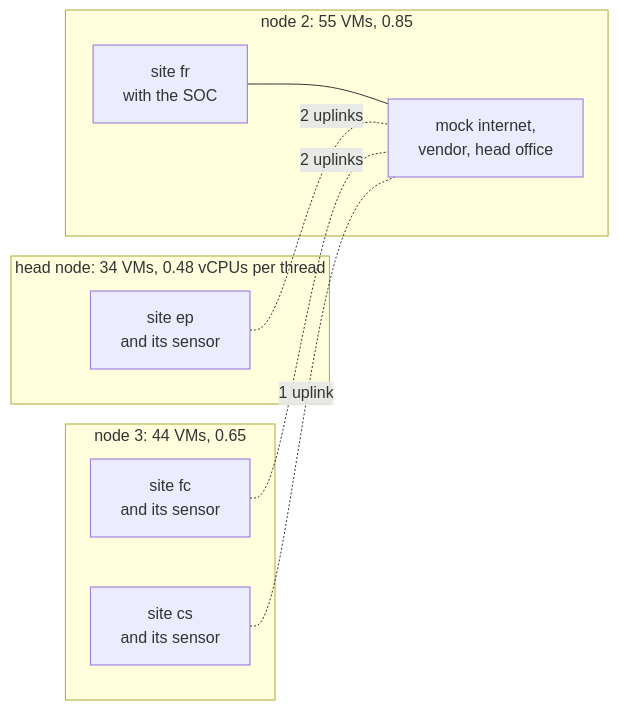
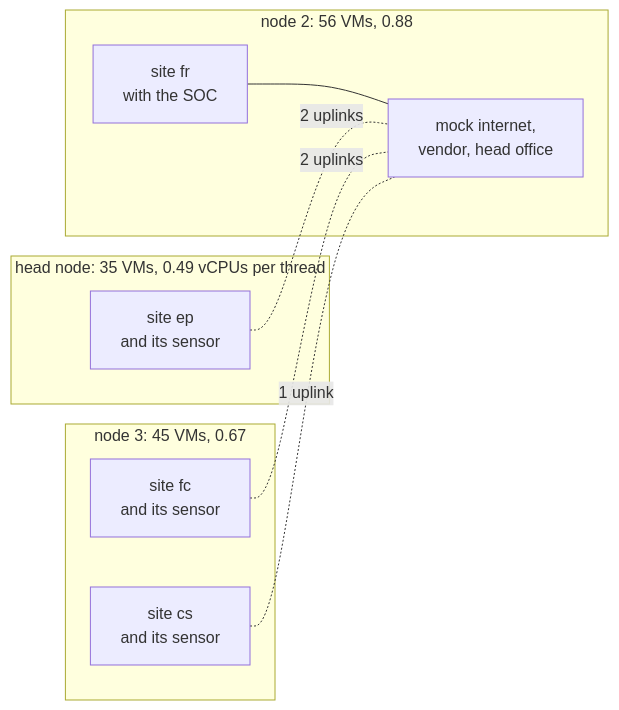
One commit to GhostofGoes/brew changed the seventh of 10 diagrams in docs/multisite/PLANS.md. Above: the diagram before and after it, drawn with Mermaid. The commit also changed other lines of this file and 2 other files, not shown here.

````diff
--- a/docs/multisite/PLANS.md
+++ b/docs/multisite/PLANS.md
@@ -754,18 +853,18 @@
 ```mermaid
 flowchart LR
-  subgraph N1["head node: 34 VMs, 0.48 vCPUs per thread"]
+  subgraph N1["head node: 35 VMs, 0.49 vCPUs per thread"]
     EP["site ep<br/>and its sensor"]
   end
-  subgraph N2["node 2: 55 VMs, 0.85"]
+  subgraph N2["node 2: 56 VMs, 0.88"]
     FR["site fr<br/>with the SOC"]
     ONCE["mock internet,<br/>vendor, head office"]
   end
-  subgraph N3["node 3: 44 VMs, 0.65"]
+  subgraph N3["node 3: 45 VMs, 0.67"]
     CS["site cs<br/>and its sensor"]
     FC["site fc<br/>and its sensor"]
   end
   FR --- ONCE
   EP -. "2 uplinks" .- ONCE
   FC -. "2 uplinks" .- ONCE
   CS -. "1 uplink" .- ONCE
 ```
````
